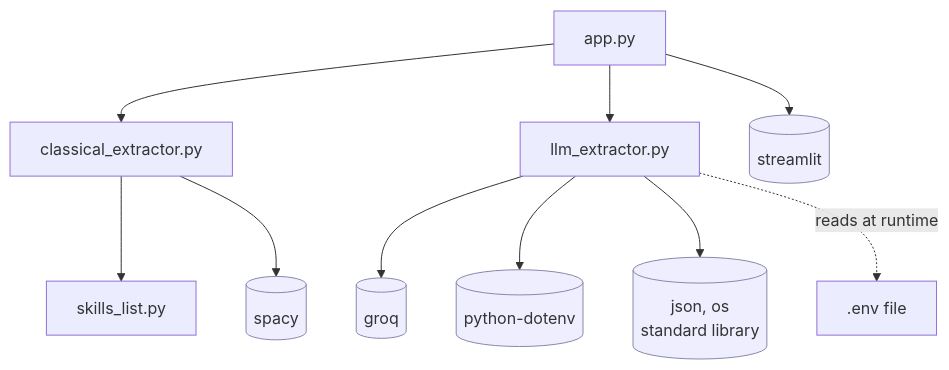
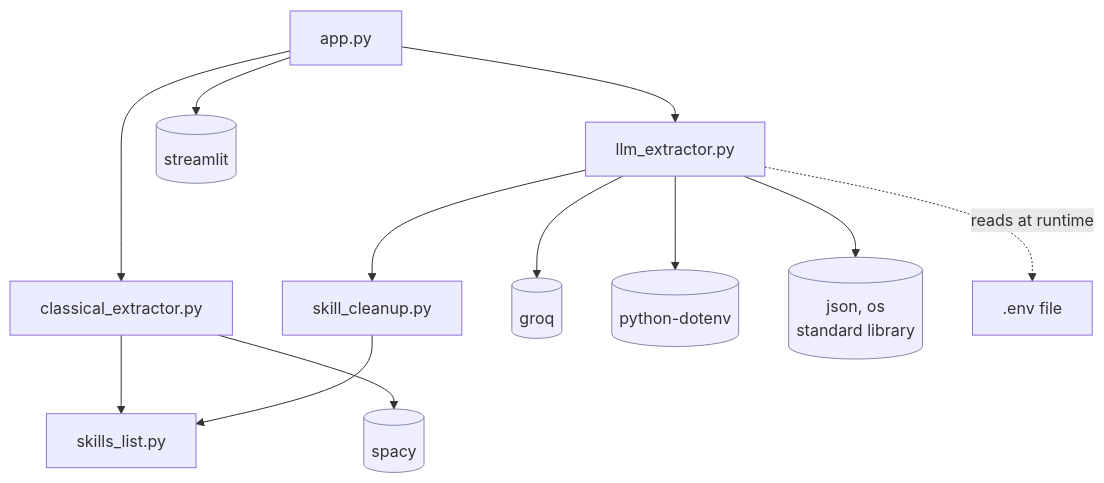
One commit to Nancy-gith/jd-skill-extractor changed the third of 3 diagrams in docs/KNOWLEDGE_GRAPH.md. Above: the diagram before and after it, drawn with Mermaid. The commit also changed other lines of this file and 8 other files, not shown here.

````diff
--- a/docs/KNOWLEDGE_GRAPH.md
+++ b/docs/KNOWLEDGE_GRAPH.md
@@ -78,17 +80,19 @@
 ```mermaid
 flowchart TD
     APP[app.py] --> CE[classical_extractor.py]
     APP --> LE[llm_extractor.py]
     APP --> ST[(streamlit)]
 
     CE --> SL[skills_list.py]
     CE --> SP[(spacy)]
 
+    LE --> SC[skill_cleanup.py]
+    SC --> SL
     LE --> GR[(groq)]
     LE --> DE[(python-dotenv)]
     LE --> JS[(json, os<br/>standard library)]
     LE -.reads at runtime.-> ENVF[.env file]
 
     classDef pkg fill:#eef,stroke:#88a;
     class ST,SP,GR,DE,JS pkg;
 ```
````
